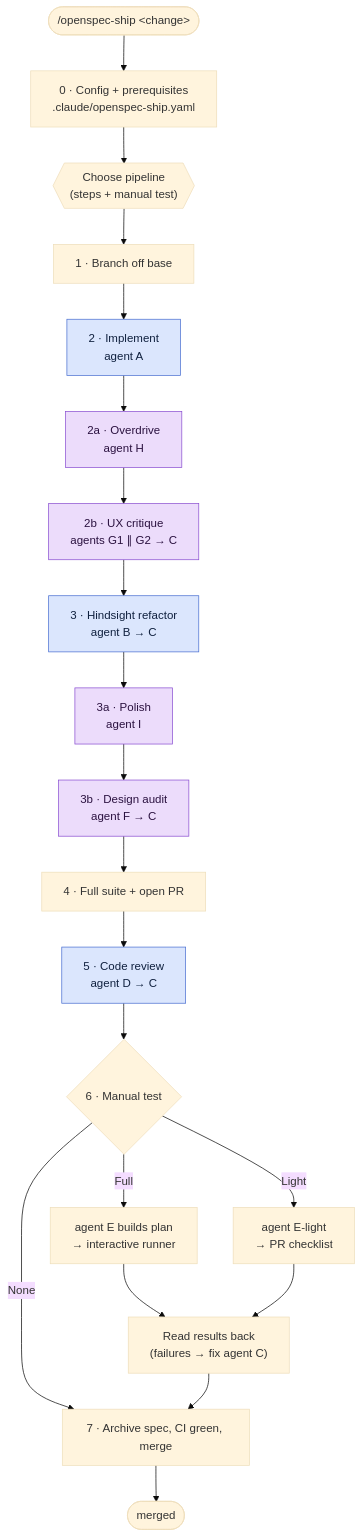
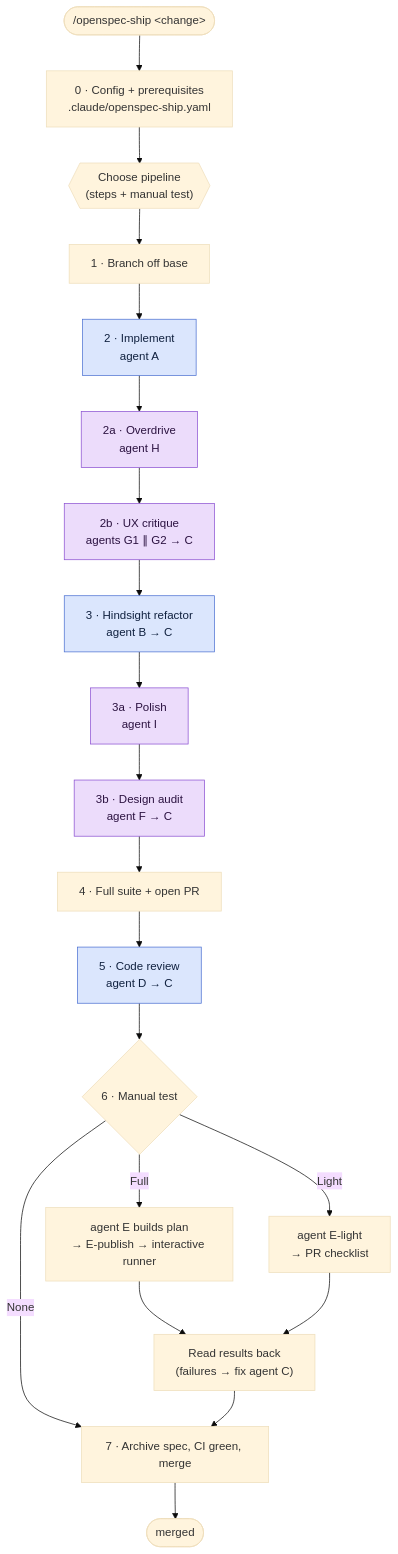
The second of 4 diagrams in README.md (apmiller108/ai-skills), drawn with Mermaid (base theme) before and after one commit. The commit also changed 2 other files, not shown here.

Commit message:
Cuts the test-plan agent's token use
Agent E batches and bounds its reading, and Setup proves isolation before
anything starts the app. A small agent publishes the runner, so the page
stays out of the orchestrator's context.

````diff
--- a/README.md
+++ b/README.md
@@ -116,25 +116,25 @@
 ```mermaid
 flowchart TD
   start(["/openspec-ship #lt;change#gt;"]) --> cfg["0 · Config + prerequisites<br/>.claude/openspec-ship.yaml"]
   cfg --> menu{{"Choose pipeline<br/>(steps + manual test)"}}
   menu --> branch["1 · Branch off base"]
   branch --> apply["2 · Implement<br/>agent A"]:::opt
   apply --> overdrive["2a · Overdrive<br/>agent H"]:::ui
   overdrive --> critique["2b · UX critique<br/>agents G1 ∥ G2 → C"]:::ui
   critique --> refactor["3 · Hindsight refactor<br/>agent B → C"]:::opt
   refactor --> polish["3a · Polish<br/>agent I"]:::ui
   polish --> audit["3b · Design audit<br/>agent F → C"]:::ui
   audit --> full["4 · Full suite + open PR"]
   full --> review["5 · Code review<br/>agent D → C"]:::opt
   review --> manual{"6 · Manual test"}
-  manual -- Full --> runner["agent E builds plan<br/>→ interactive runner"]
+  manual -- Full --> runner["agent E builds plan<br/>→ E-publish → interactive runner"]
   manual -- Light --> light["agent E-light<br/>→ PR checklist"]
   manual -- None --> merge
   runner --> results["Read results back<br/>(failures → fix agent C)"]
   light --> results
   results --> merge["7 · Archive spec, CI green, merge"]
   merge --> done([merged])
 
   classDef opt fill:#dbe6fd,stroke:#4a6fd1,color:#10213f
   classDef ui fill:#ecdcfb,stroke:#8a4fd1,color:#2b1240
 ```
````
